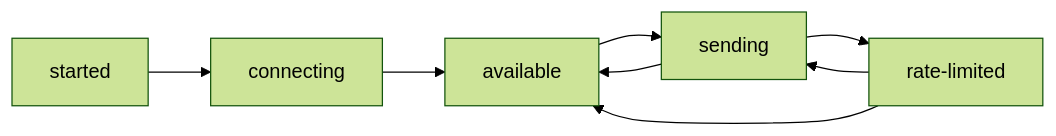
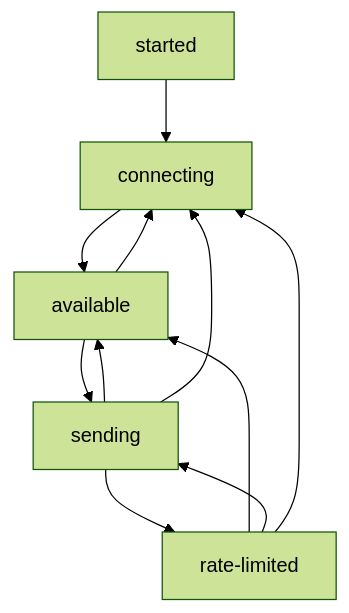
Before and after one commit to noss/golare: the diagram in README.md, drawn with Mermaid (forest theme).

Commit message:
TD and transitions to connecting

````diff
--- a/README.md
+++ b/README.md
@@ -14,10 +14,13 @@
 ```mermaid
-flowchart LR
+flowchart TD
     started --> connecting
     connecting --> available
     available --> sending
+    available --> connecting
     sending --> available
     sending --> rate-limited
+    sending --> connecting
     rate-limited --> available
     rate-limited --> sending
+    rate-limited --> connecting
 ```
````
